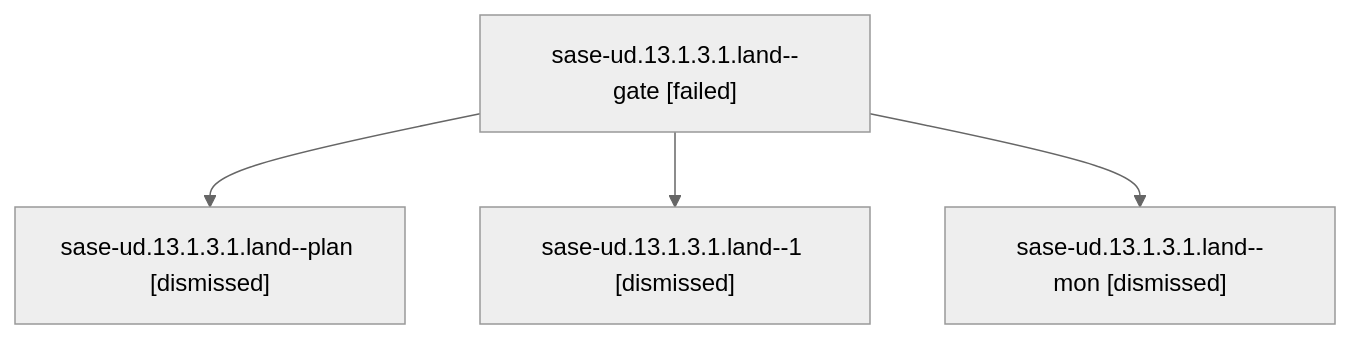
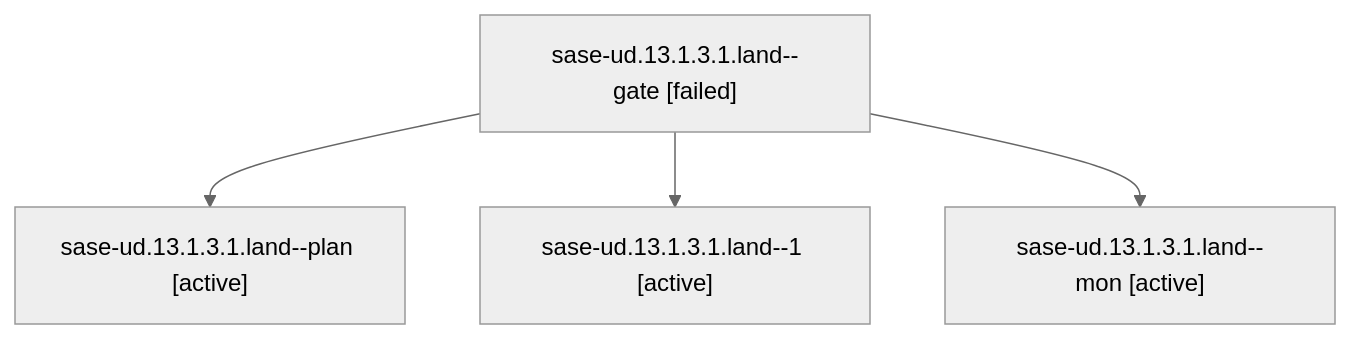
The diagram in families/bbugyi200.athena.sase-ud.13.1.3.1.land.md (sase-org/sase--agents), drawn with Mermaid (neutral theme) before and after one commit. The commit also changed other lines of this file and 35830 other files, not shown here.

````diff
--- a/families/bbugyi200.athena.sase-ud.13.1.3.1.land.md
+++ b/families/bbugyi200.athena.sase-ud.13.1.3.1.land.md
@@ -9,10 +9,10 @@
 ```mermaid
 flowchart TD
   n0["sase-ud.13.1.3.1.land--gate [failed]"]
-  n1["sase-ud.13.1.3.1.land--plan [dismissed]"]
+  n1["sase-ud.13.1.3.1.land--plan [active]"]
   n0 --> n1
-  n2["sase-ud.13.1.3.1.land--1 [dismissed]"]
+  n2["sase-ud.13.1.3.1.land--1 [active]"]
   n0 --> n2
-  n3["sase-ud.13.1.3.1.land--mon [dismissed]"]
+  n3["sase-ud.13.1.3.1.land--mon [active]"]
   n0 --> n3
 ```
````
